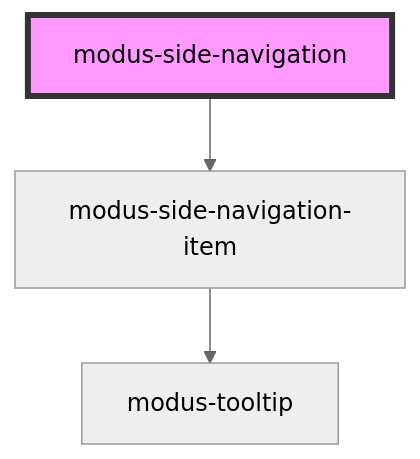
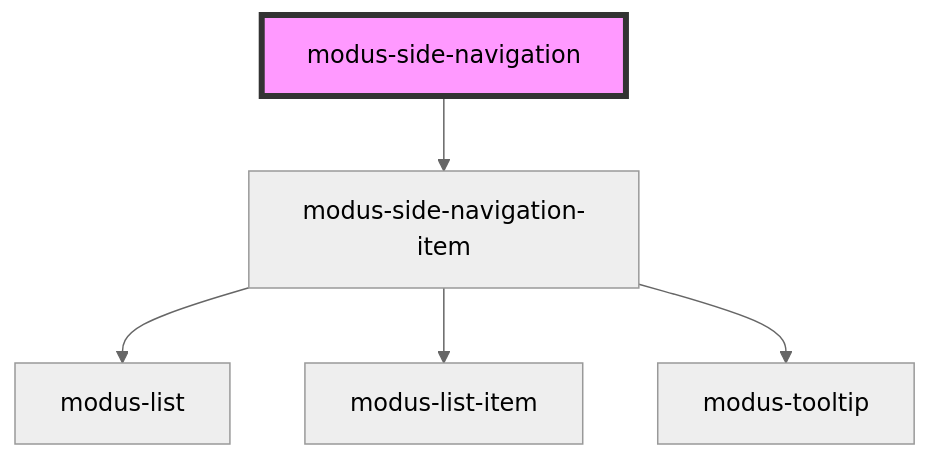
The diagram in stencil-workspace/src/components/modus-side-navigation/readme.md (trimble-oss/modus-web-components), drawn with Mermaid (neutral theme) before and after one commit. The commit also changed 8 other files, not shown here.

````diff
--- a/stencil-workspace/src/components/modus-side-navigation/readme.md
+++ b/stencil-workspace/src/components/modus-side-navigation/readme.md
@@ -34,6 +34,8 @@
 ```mermaid
 graph TD;
   modus-side-navigation --> modus-side-navigation-item
+  modus-side-navigation-item --> modus-list
+  modus-side-navigation-item --> modus-list-item
   modus-side-navigation-item --> modus-tooltip
   style modus-side-navigation fill:#f9f,stroke:#333,stroke-width:4px
 ```
````
